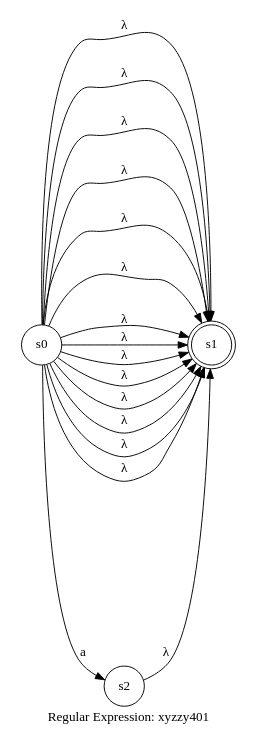
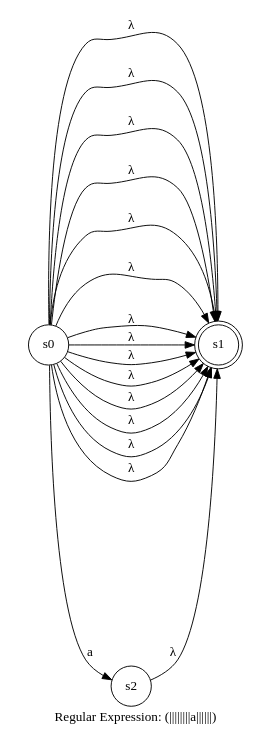
One commit to pschlump/lexie changed the diagram in ref/nfa_0021.gv. Above: the diagram before and after it, drawn with Graphviz. The commit also changed 70 other files, not shown here.

```diff
--- a/ref/nfa_0021.gv
+++ b/ref/nfa_0021.gv
@@ -1,23 +1,23 @@
 digraph finite_state_machine {
-	label="Regular Expression: xyzzy401";
+	label="Regular Expression: (||||||||a||||||)";
 	rankdir=LR;
 	size="8,5"
 	node [shape = doublecircle]; s1;
 	node [shape = circle];
 	s0 -> s1 [ label = "λ" ];
 	s0 -> s1 [ label = "λ" ];
 	s0 -> s1 [ label = "λ" ];
 	s0 -> s1 [ label = "λ" ];
 	s0 -> s1 [ label = "λ" ];
 	s0 -> s1 [ label = "λ" ];
 	s0 -> s1 [ label = "λ" ];
 	s0 -> s1 [ label = "λ" ];
 	s0 -> s2 [ label = "a" ];
 	s0 -> s1 [ label = "λ" ];
 	s0 -> s1 [ label = "λ" ];
 	s0 -> s1 [ label = "λ" ];
 	s0 -> s1 [ label = "λ" ];
 	s0 -> s1 [ label = "λ" ];
 	s0 -> s1 [ label = "λ" ];
 	s2 -> s1 [ label = "λ" ];
 }
```
